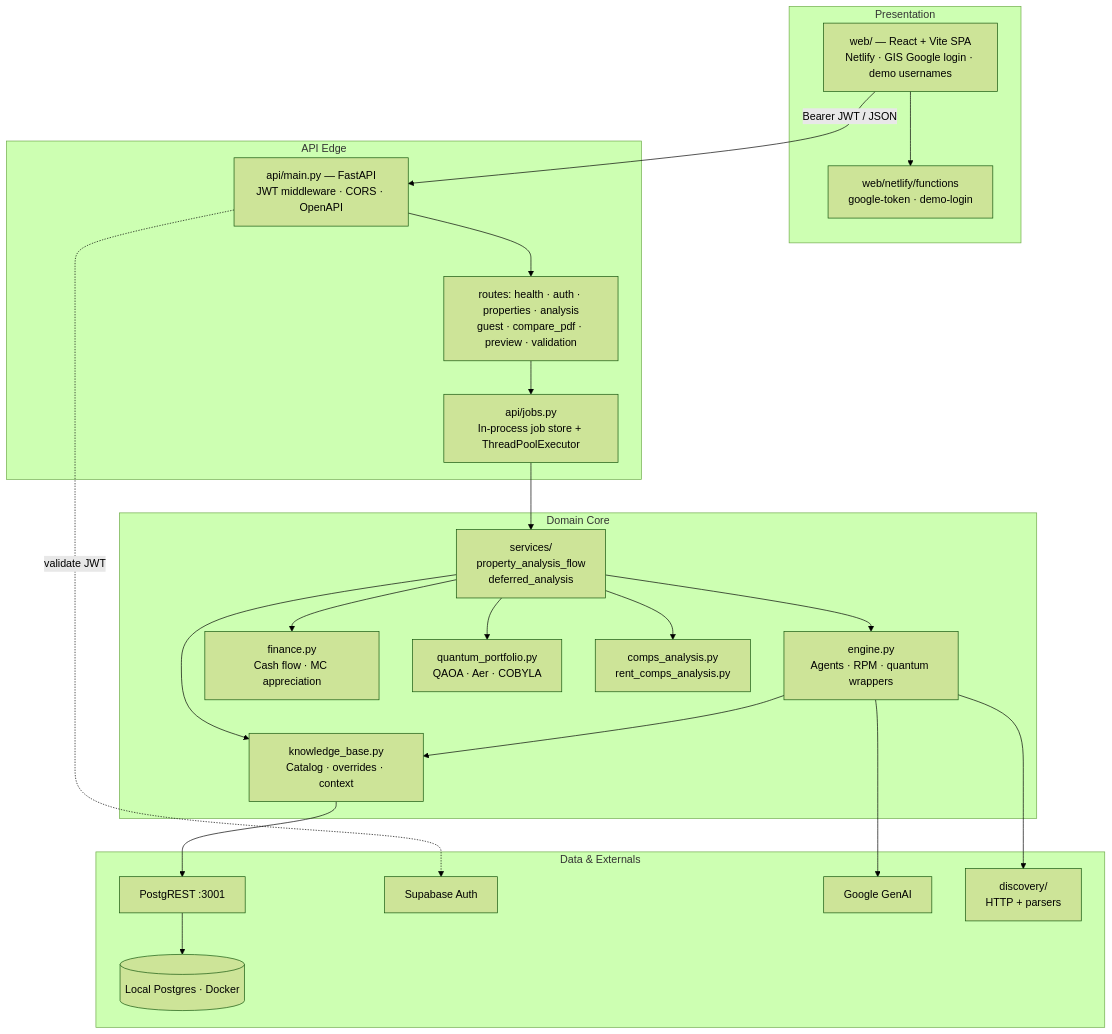
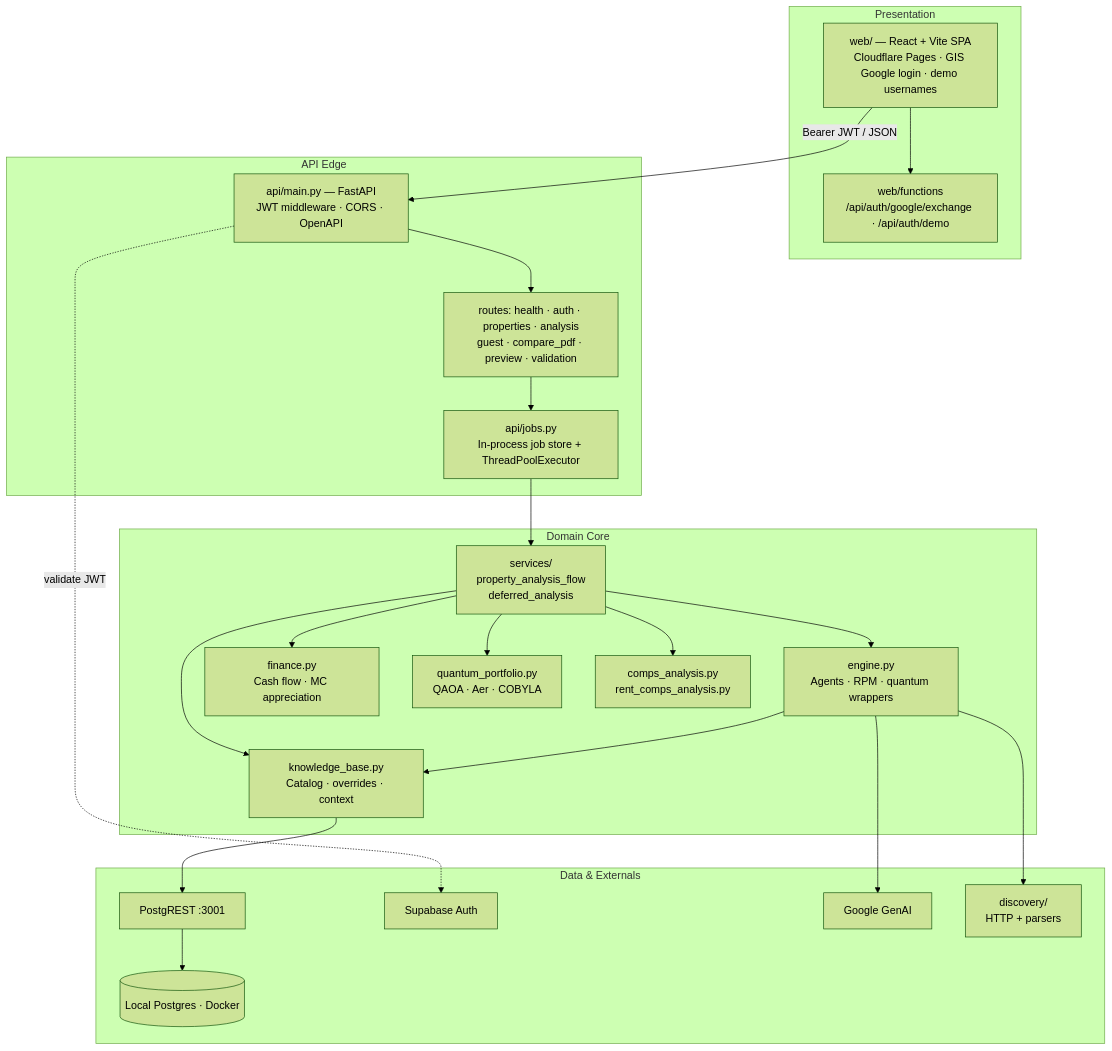
The second of 12 diagrams in README.md (Preebg/RealEstateAI), drawn with Mermaid (forest theme) before and after one commit. The commit also changed other lines of this file and 20 other files, not shown here.

First line of the commit message:
Migrate deployment from Netlify to Pages

````diff
--- a/README.md
+++ b/README.md
@@ -100,41 +100,41 @@
 ```mermaid
 flowchart TB
     subgraph Presentation["Presentation"]
-        SPA["web/ — React + Vite SPA<br/>Netlify · GIS Google login · demo usernames"]
-        NF["web/netlify/functions<br/>google-token · demo-login"]
+        SPA["web/ — React + Vite SPA<br/>Cloudflare Pages · GIS Google login · demo usernames"]
+        NF["web/functions<br/>/api/auth/google/exchange · /api/auth/demo"]
     end
 
     subgraph Edge["API Edge"]
         API["api/main.py — FastAPI<br/>JWT middleware · CORS · OpenAPI"]
         JOBS["api/jobs.py<br/>In-process job store + ThreadPoolExecutor"]
         ROUTES["routes: health · auth · properties · analysis<br/>guest · compare_pdf · preview · validation"]
     end
 
     subgraph Domain["Domain Core"]
         ENG["engine.py<br/>Agents · RPM · quantum wrappers"]
         FIN["finance.py<br/>Cash flow · MC appreciation"]
         QAOA["quantum_portfolio.py<br/>QAOA · Aer · COBYLA"]
         KB["knowledge_base.py<br/>Catalog · overrides · context"]
         COMPS["comps_analysis.py<br/>rent_comps_analysis.py"]
         SVC["services/<br/>property_analysis_flow<br/>deferred_analysis"]
     end
 
     subgraph Data["Data & Externals"]
         PG[(Local Postgres · Docker)]
         PGR[PostgREST :3001]
         AUTH[Supabase Auth]
         GEM[Google GenAI]
         DISC["discovery/<br/>HTTP + parsers"]
     end
 
     SPA -->|Bearer JWT / JSON| API
     SPA --> NF
     API --> ROUTES --> JOBS
     JOBS --> SVC
     SVC --> ENG & FIN & QAOA & KB & COMPS
     ENG --> GEM
     ENG --> KB
     KB --> PGR --> PG
     ENG --> DISC
     API -.->|validate JWT| AUTH
 ```
````
